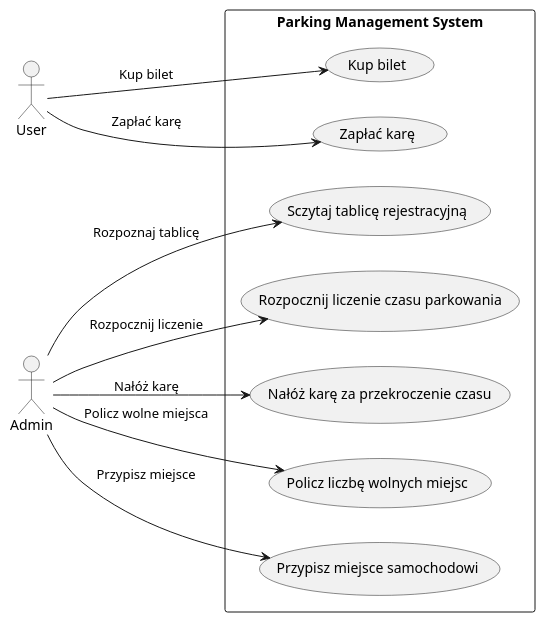
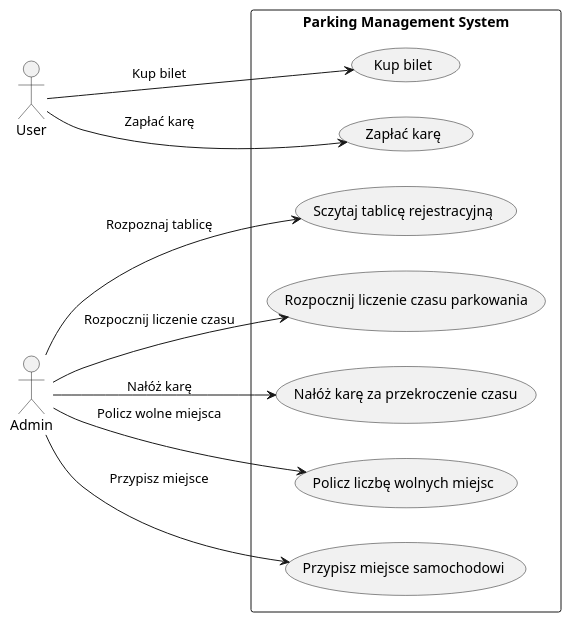
Before and after one commit to kirilol-ok/Parking_project: the first of 2 diagrams in Diagram.puml, drawn with PlantUML.

```diff
--- a/Diagram.puml
+++ b/Diagram.puml
@@ -1,26 +1,26 @@
 @startuml
 left to right direction
 skinparam actorStyle stickman
 
 actor "User" as user
 actor "Admin" as admin
 
 rectangle "Parking Management System" as system {
     usecase "Sczytaj tablicę rejestracyjną" as UC1
     usecase "Rozpocznij liczenie czasu parkowania" as UC2
     usecase "Nałóż karę za przekroczenie czasu" as UC3
     usecase "Policz liczbę wolnych miejsc" as UC4
     usecase "Przypisz miejsce samochodowi" as UC5
     usecase "Kup bilet" as UC7
     usecase "Zapłać karę" as UC8
 }
 
 user --> UC7 : "Kup bilet"
 user --> UC8 : "Zapłać karę"
 
 admin --> UC1 : "Rozpoznaj tablicę"
-admin --> UC2 : "Rozpocznij liczenie"
+admin --> UC2 : "Rozpocznij liczenie czasu"
 admin --> UC3 : "Nałóż karę"
 admin --> UC4 : "Policz wolne miejsca"
 admin --> UC5 : "Przypisz miejsce"
 @enduml
```
